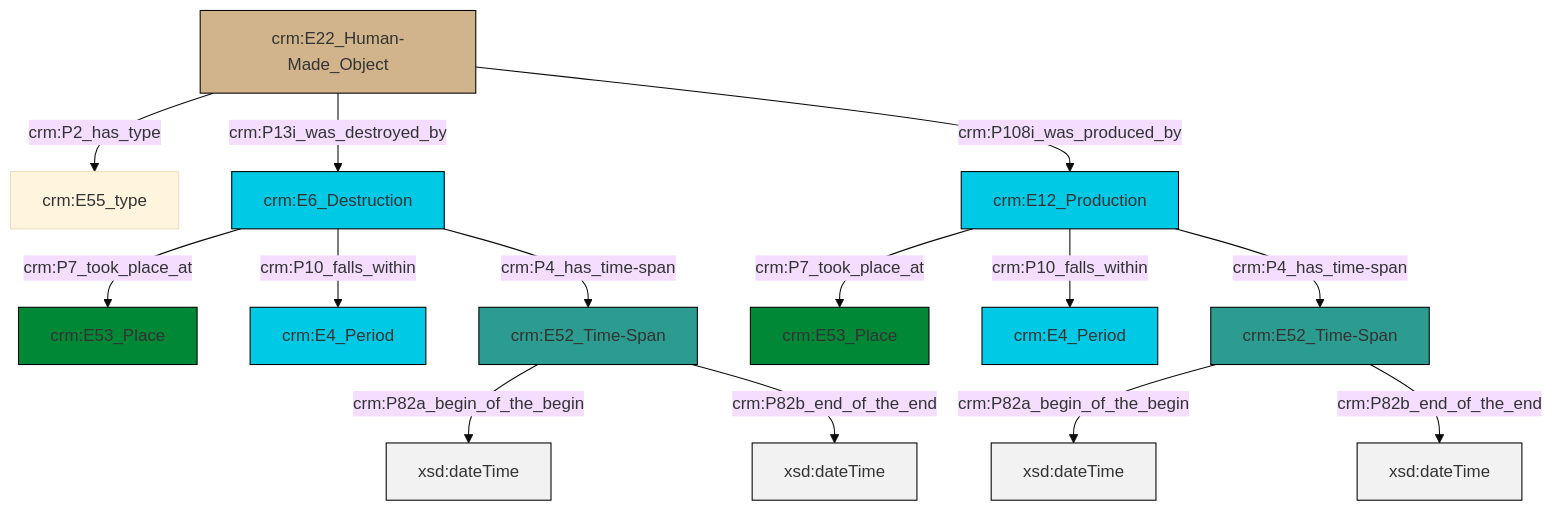
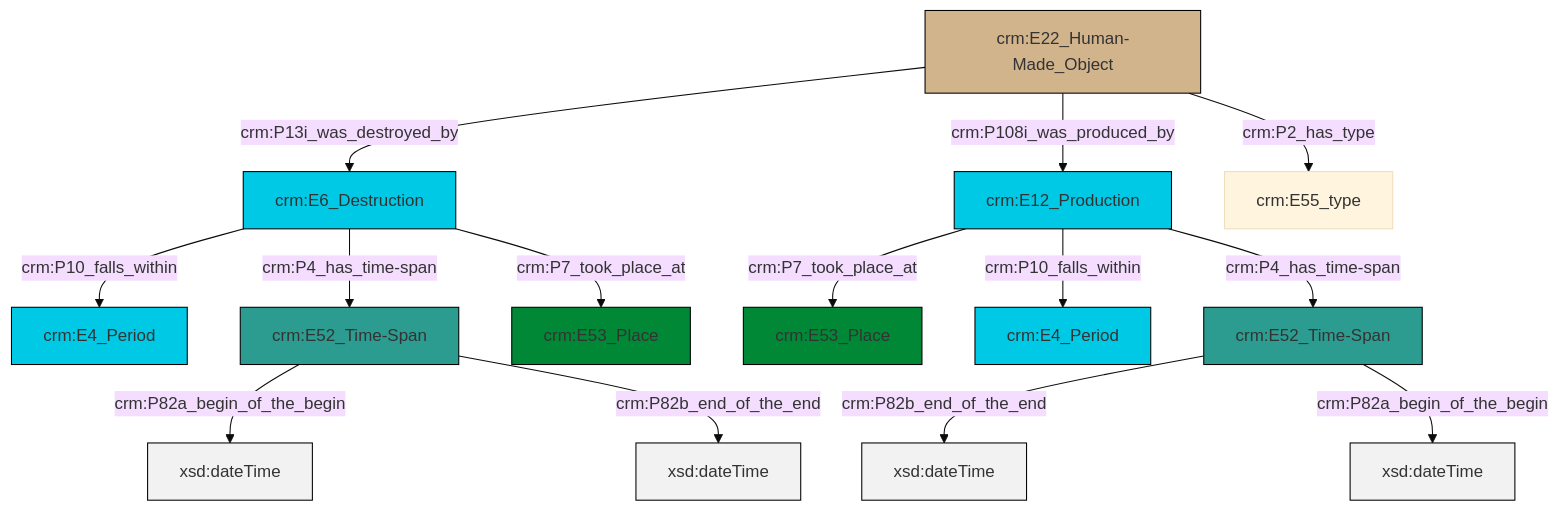
Before and after one commit to swiss-art-research-net/docs.swissartresearch: the diagram in et/builtWorkCSV/ttl/mmd/Built_Work_existence.ttl.mmd, drawn with Mermaid (base theme). The commit also changed 176 other files, not shown here.

```diff
--- a/et/builtWorkCSV/ttl/mmd/Built_Work_existence.ttl.mmd
+++ b/et/builtWorkCSV/ttl/mmd/Built_Work_existence.ttl.mmd
@@ -1,28 +1,28 @@
 graph TD
 classDef Literal fill:#f2f2f2,stroke:#000000;
 classDef CRM_Entity fill:#FFFFFF,stroke:#000000;
 classDef Temporal_Entity fill:#00C9E6, stroke:#000000;
 classDef Type fill:#E18312, stroke:#000000;
 classDef Time-Span fill:#2C9C91, stroke:#000000;
 classDef Appellation fill:#FFEB7F, stroke:#000000;
 classDef Place fill:#008836, stroke:#000000;
 classDef Persistent_Item fill:#B266B2, stroke:#000000;
 classDef Conceptual_Object fill:#FFD700, stroke:#000000;
 classDef Physical_Thing fill:#D2B48C, stroke:#000000;
 classDef Actor fill:#f58aad, stroke:#000000;
 classDef PC_Classes fill:#4ce600, stroke:#000000;
 classDef Multi fill:#cccccc,stroke:#000000;
 
-2["crm:E12_Production"]:::Temporal_Entity -->|crm:P7_took_place_at| 3["crm:E53_Place"]:::Place
-4["crm:E52_Time-Span"]:::Time-Span -->|crm:P82a_begin_of_the_begin| 5[xsd:dateTime]:::Literal
-6["crm:E6_Destruction"]:::Temporal_Entity -->|crm:P7_took_place_at| 7["crm:E53_Place"]:::Place
-4["crm:E52_Time-Span"]:::Time-Span -->|crm:P82b_end_of_the_end| 8[xsd:dateTime]:::Literal
-13["crm:E22_Human-Made_Object"]:::Physical_Thing -->|crm:P2_has_type| 14["crm:E55_type"]:::Default
-2["crm:E12_Production"]:::Temporal_Entity -->|crm:P10_falls_within| 0["crm:E4_Period"]:::Temporal_Entity
-2["crm:E12_Production"]:::Temporal_Entity -->|crm:P4_has_time-span| 4["crm:E52_Time-Span"]:::Time-Span
-13["crm:E22_Human-Made_Object"]:::Physical_Thing -->|crm:P13i_was_destroyed_by| 6["crm:E6_Destruction"]:::Temporal_Entity
-6["crm:E6_Destruction"]:::Temporal_Entity -->|crm:P10_falls_within| 18["crm:E4_Period"]:::Temporal_Entity
-11["crm:E52_Time-Span"]:::Time-Span -->|crm:P82a_begin_of_the_begin| 22[xsd:dateTime]:::Literal
-6["crm:E6_Destruction"]:::Temporal_Entity -->|crm:P4_has_time-span| 11["crm:E52_Time-Span"]:::Time-Span
-13["crm:E22_Human-Made_Object"]:::Physical_Thing -->|crm:P108i_was_produced_by| 2["crm:E12_Production"]:::Temporal_Entity
-11["crm:E52_Time-Span"]:::Time-Span -->|crm:P82b_end_of_the_end| 23[xsd:dateTime]:::Literal
+0["crm:E12_Production"]:::Temporal_Entity -->|crm:P7_took_place_at| 1["crm:E53_Place"]:::Place
+0["crm:E12_Production"]:::Temporal_Entity -->|crm:P10_falls_within| 2["crm:E4_Period"]:::Temporal_Entity
+0["crm:E12_Production"]:::Temporal_Entity -->|crm:P4_has_time-span| 6["crm:E52_Time-Span"]:::Time-Span
+9["crm:E52_Time-Span"]:::Time-Span -->|crm:P82a_begin_of_the_begin| 13[xsd:dateTime]:::Literal
+14["crm:E22_Human-Made_Object"]:::Physical_Thing -->|crm:P13i_was_destroyed_by| 4["crm:E6_Destruction"]:::Temporal_Entity
+9["crm:E52_Time-Span"]:::Time-Span -->|crm:P82b_end_of_the_end| 16[xsd:dateTime]:::Literal
+14["crm:E22_Human-Made_Object"]:::Physical_Thing -->|crm:P108i_was_produced_by| 0["crm:E12_Production"]:::Temporal_Entity
+6["crm:E52_Time-Span"]:::Time-Span -->|crm:P82b_end_of_the_end| 19[xsd:dateTime]:::Literal
+4["crm:E6_Destruction"]:::Temporal_Entity -->|crm:P10_falls_within| 17["crm:E4_Period"]:::Temporal_Entity
+4["crm:E6_Destruction"]:::Temporal_Entity -->|crm:P4_has_time-span| 9["crm:E52_Time-Span"]:::Time-Span
+14["crm:E22_Human-Made_Object"]:::Physical_Thing -->|crm:P2_has_type| 11["crm:E55_type"]:::Default
+6["crm:E52_Time-Span"]:::Time-Span -->|crm:P82a_begin_of_the_begin| 21[xsd:dateTime]:::Literal
+4["crm:E6_Destruction"]:::Temporal_Entity -->|crm:P7_took_place_at| 22["crm:E53_Place"]:::Place
```
